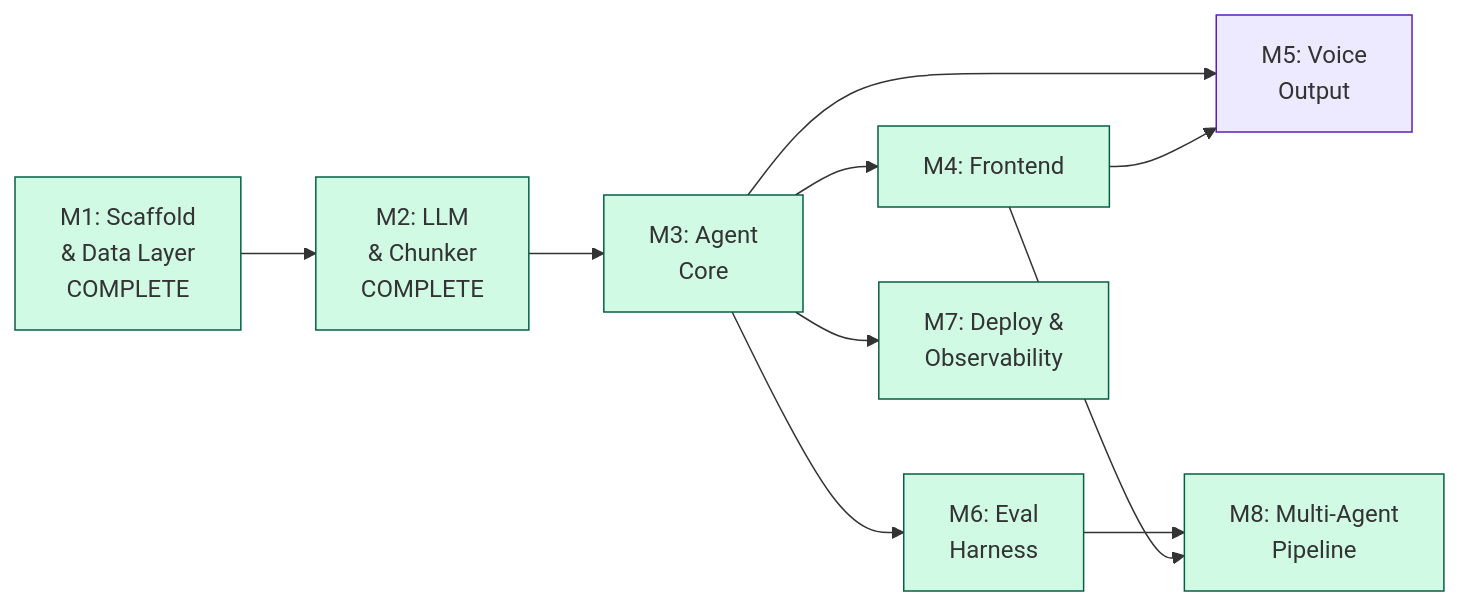
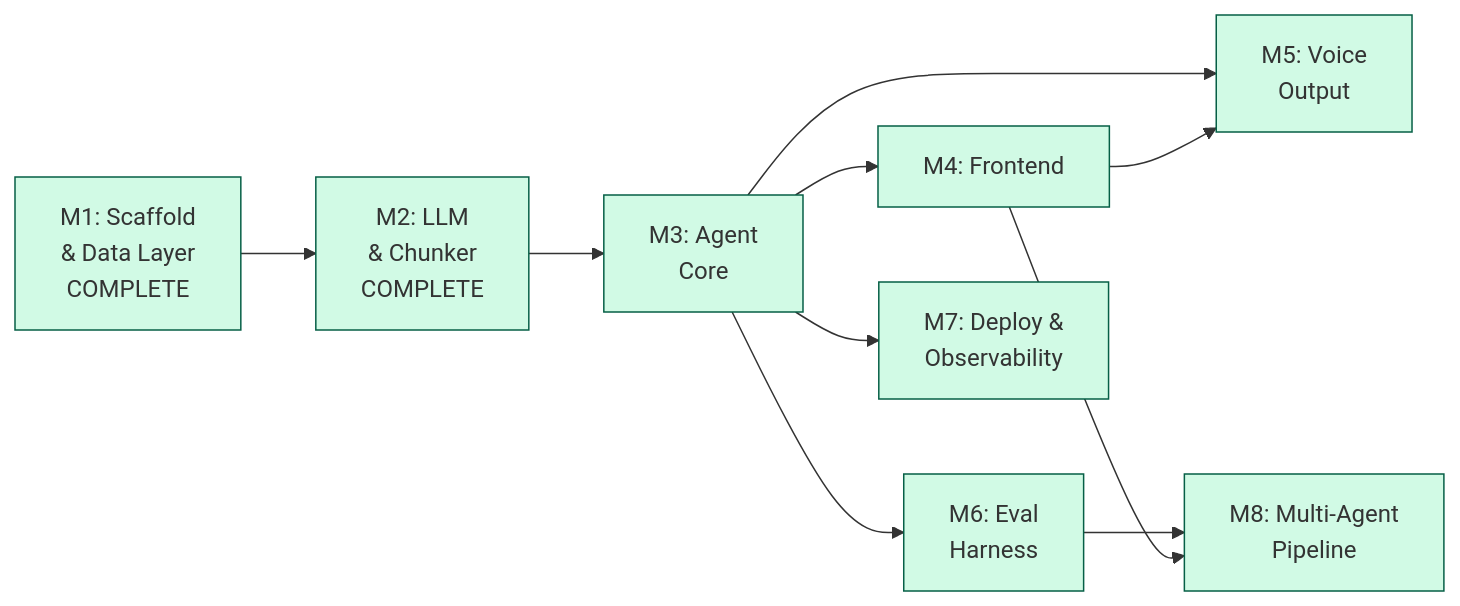
The third of 3 diagrams in docs/architecture.md (darth-dodo/voxpopuli), drawn with Mermaid before and after one commit. The commit also changed other lines of this file and 10 other files, not shown here.

````diff
--- a/docs/architecture.md
+++ b/docs/architecture.md
@@ -1093,21 +1165,21 @@
 ```mermaid
 graph LR
     M1["M1: Scaffold<br/>& Data Layer<br/>COMPLETE"] --> M2["M2: LLM<br/>& Chunker<br/>COMPLETE"]
     M2 --> M3["M3: Agent<br/>Core"]
     M3 --> M4["M4: Frontend"]
     M3 --> M5["M5: Voice<br/>Output"]
     M3 --> M6["M6: Eval<br/>Harness"]
     M4 --> M5
     M3 --> M7["M7: Deploy &<br/>Observability"]
     M6 --> M8["M8: Multi-Agent<br/>Pipeline"]
     M4 --> M8
 
     style M1 fill:#d1fae5,stroke:#065f46
     style M2 fill:#d1fae5,stroke:#065f46
     style M3 fill:#d1fae5,stroke:#065f46
     style M4 fill:#d1fae5,stroke:#065f46
-    style M5 fill:#ede9fe,stroke:#5b21b6
+    style M5 fill:#d1fae5,stroke:#065f46
     style M6 fill:#d1fae5,stroke:#065f46
     style M7 fill:#d1fae5,stroke:#065f46
     style M8 fill:#d1fae5,stroke:#065f46
 ```
````
